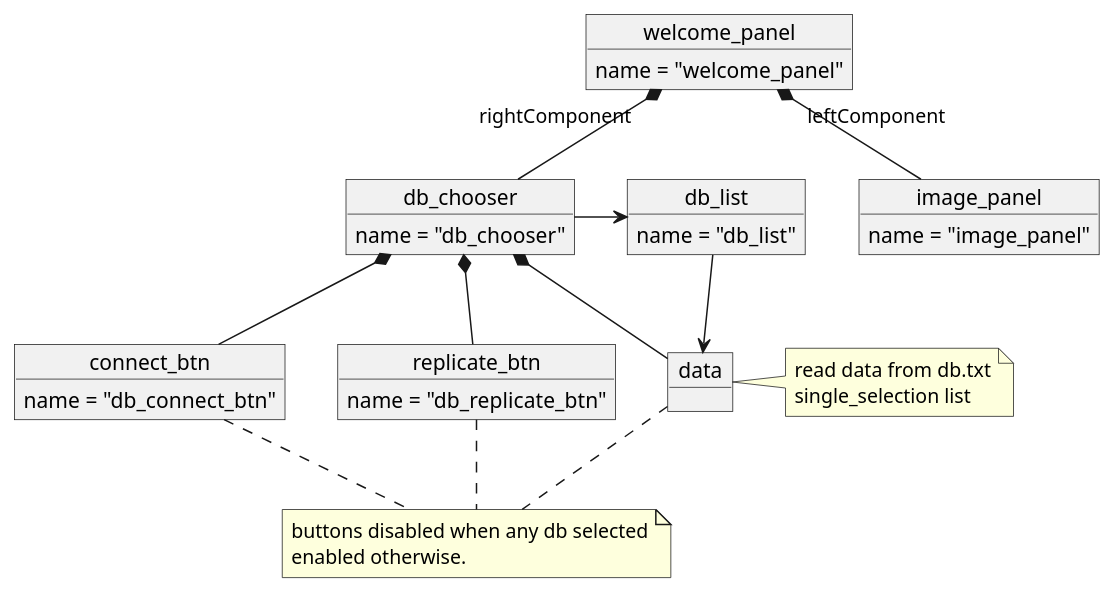
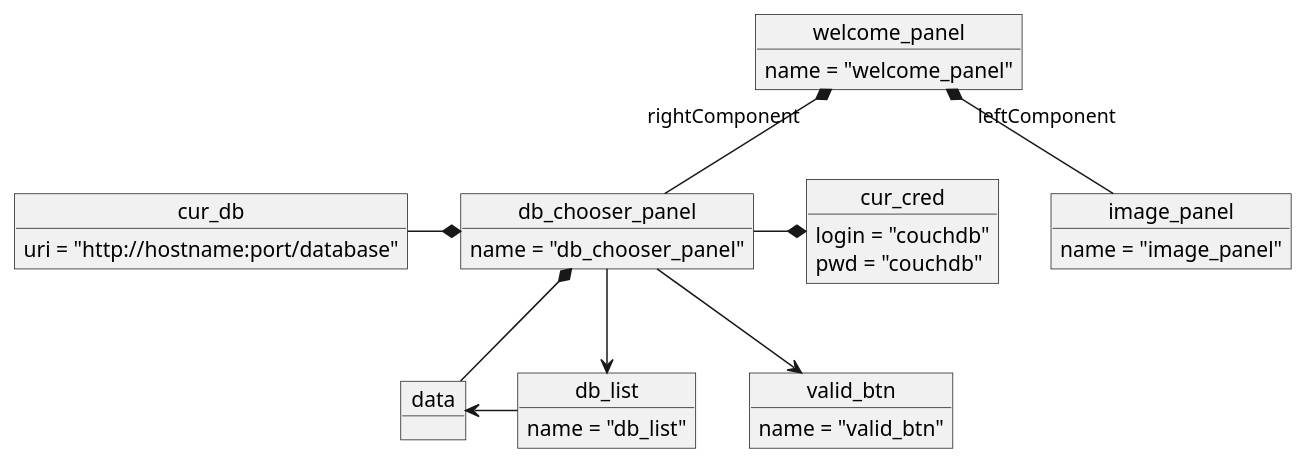
The diagram in doc/uml/1-welcome_activity/mj_welcome_objects.puml (tp38/money_java), drawn with PlantUML before and after one commit. The commit also changed 40 other files, not shown here.

```diff
--- a/doc/uml/1-welcome_activity/mj_welcome_objects.puml
+++ b/doc/uml/1-welcome_activity/mj_welcome_objects.puml
@@ -1,46 +1,36 @@
 @startuml 'diagram class MyMoneyRelax'
 
 object welcome_panel
 welcome_panel : name = "welcome_panel"
 
 object image_panel 
 image_panel : name = "image_panel"
 
-object db_chooser 
-db_chooser : name = "db_chooser"
+object db_chooser_panel 
+db_chooser_panel : name = "db_chooser_panel"
+
+object cur_db
+cur_db : uri = "http://hostname:port/database"
 
 object db_list 
 db_list : name = "db_list"
 
 object data 
 
-note right of data
-    read data from db.txt
-    single_selection list
-end note
+object valid_btn
+valid_btn : name = "valid_btn"
 
-db_chooser *-- data
+object cur_cred
+cur_cred : login = "couchdb"
+cur_cred : pwd = "couchdb"
 
 welcome_panel "leftComponent" *-- image_panel
-welcome_panel "rightComponent" *-- db_chooser
+welcome_panel "rightComponent" *-- db_chooser_panel
+cur_db -* db_chooser_panel
+db_chooser_panel -* cur_cred
+db_chooser_panel *-- data
+db_chooser_panel --> db_list
+data <- db_list
+db_chooser_panel --> valid_btn
 
-object connect_btn
-connect_btn : name = "db_connect_btn"
-
-object replicate_btn
-replicate_btn : name = "db_replicate_btn"
-
-db_chooser -> db_list
-db_list --> data
-db_chooser *-- connect_btn
-db_chooser *-- replicate_btn
-
-note as N1
-buttons disabled when any db selected
-enabled otherwise.
-end note
-
-connect_btn .. N1
-replicate_btn .. N1
-data .. N1
 @enduml
```
